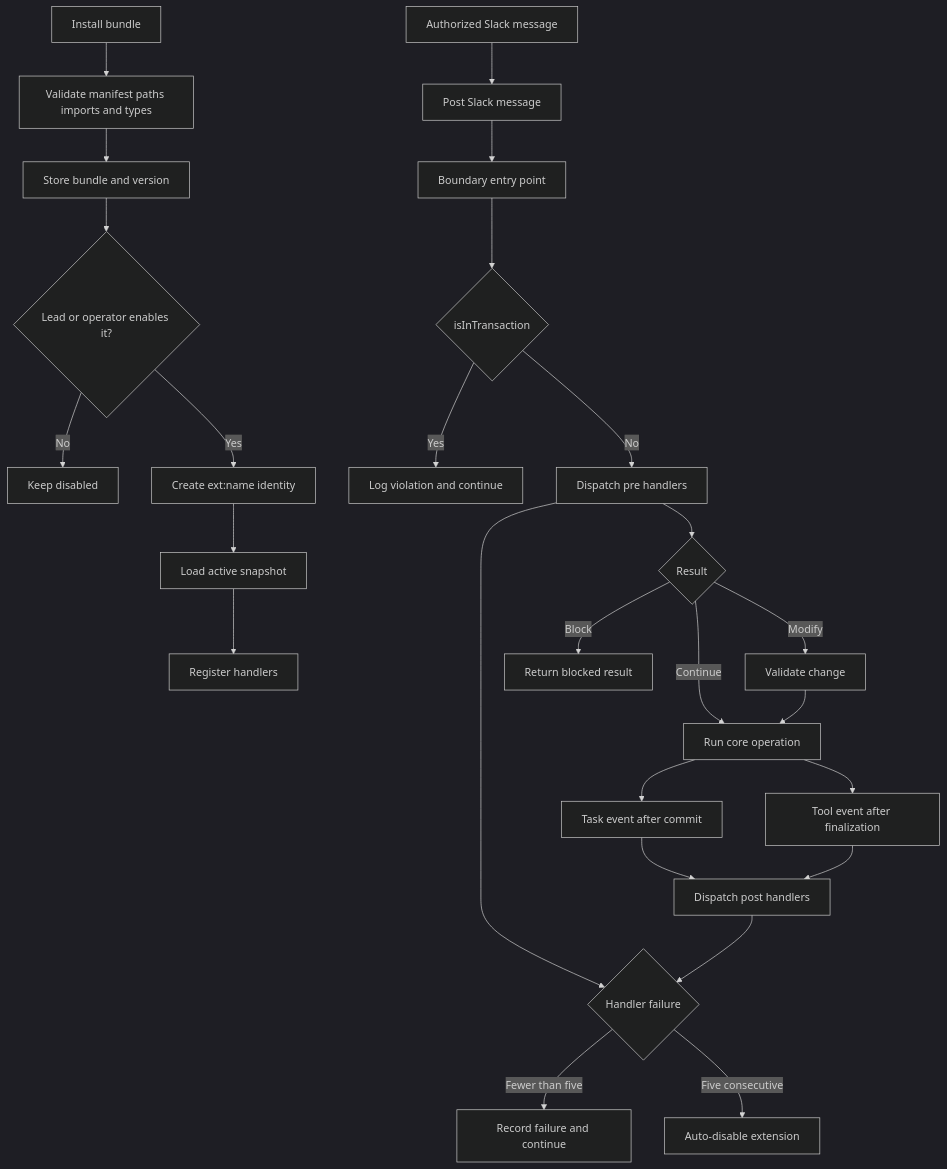
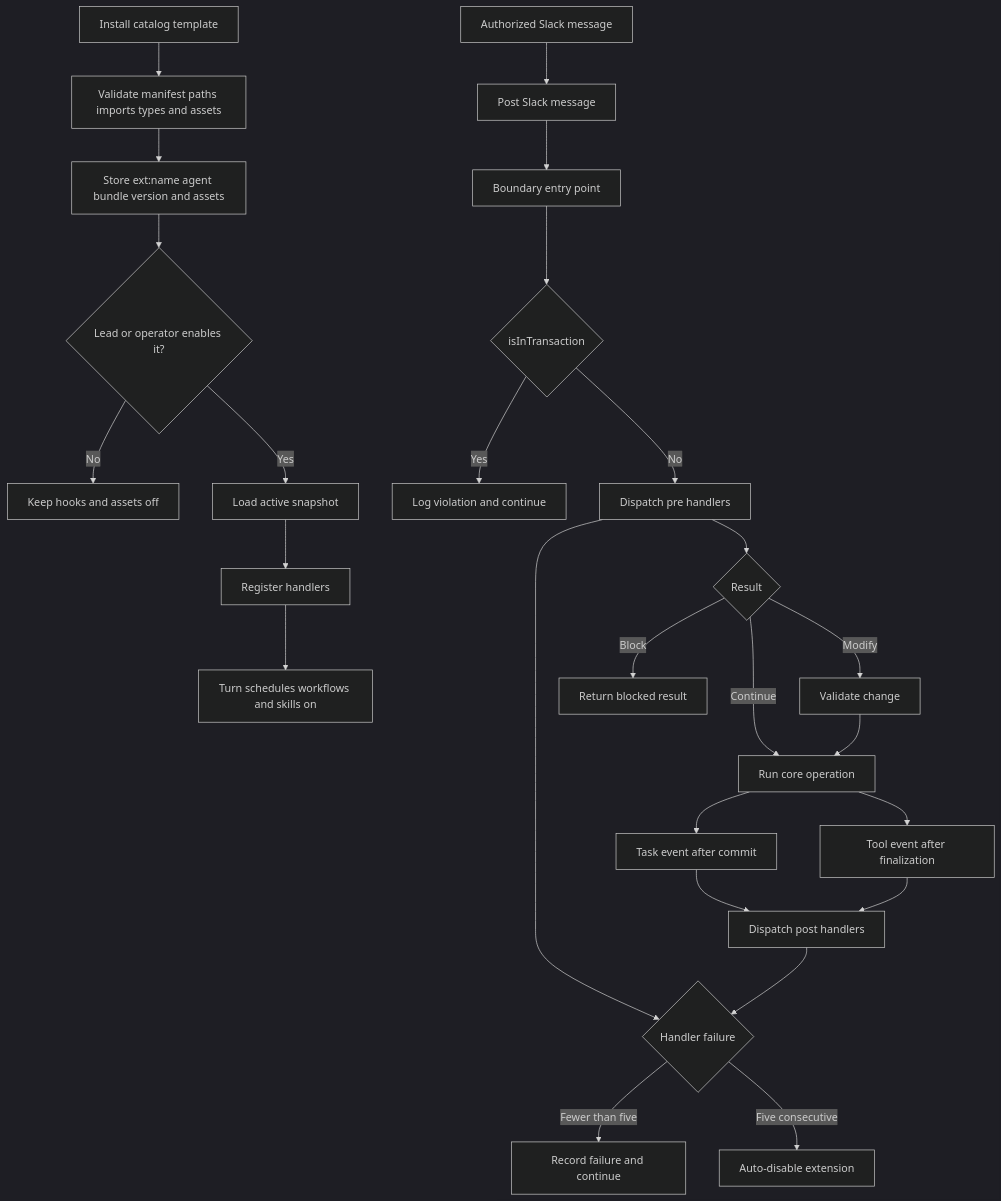
Before and after one commit to Capchase/agent-swarm: the diagram in runbooks/extensions.md, drawn with Mermaid (dark theme). The commit also changed other lines of this file and 94 other files, not shown here.

First line of the commit message:
feat(extensions): extensions ship scripts and schedules; install only from the predefined catalog (YAML/JSON + JSON Schema) (#1595)

````diff
--- a/runbooks/extensions.md
+++ b/runbooks/extensions.md
@@ -98,28 +244,28 @@
 ```mermaid
 flowchart TD
-    A[Install bundle] --> B[Validate manifest paths imports and types]
-    B --> C[Store bundle and version]
+    A[Install catalog template] --> B[Validate manifest paths imports types and assets]
+    B --> C[Store ext:name agent bundle version and assets]
     C --> D{Lead or operator enables it?}
-    D -- No --> E[Keep disabled]
-    D -- Yes --> F[Create ext:name identity]
-    F --> G[Load active snapshot]
+    D -- No --> E[Keep hooks and assets off]
+    D -- Yes --> G[Load active snapshot]
     G --> H[Register handlers]
+    H --> F[Turn schedules workflows and skills on]
     I[Boundary entry point] --> J{isInTransaction}
     J -- Yes --> K[Log violation and continue]
     J -- No --> L[Dispatch pre handlers]
     L --> M{Result}
     M -- Continue --> N[Run core operation]
     M -- Modify --> O[Validate change]
     O --> N
     M -- Block --> P[Return blocked result]
     N --> Q[Task event after commit]
     N --> R[Tool event after finalization]
     V[Authorized Slack message] --> W[Post Slack message]
     W --> I
     Q --> X[Dispatch post handlers]
     R --> X
     L --> S{Handler failure}
     X --> S
     S -- Fewer than five --> T[Record failure and continue]
     S -- Five consecutive --> U[Auto-disable extension]
 ```
````
